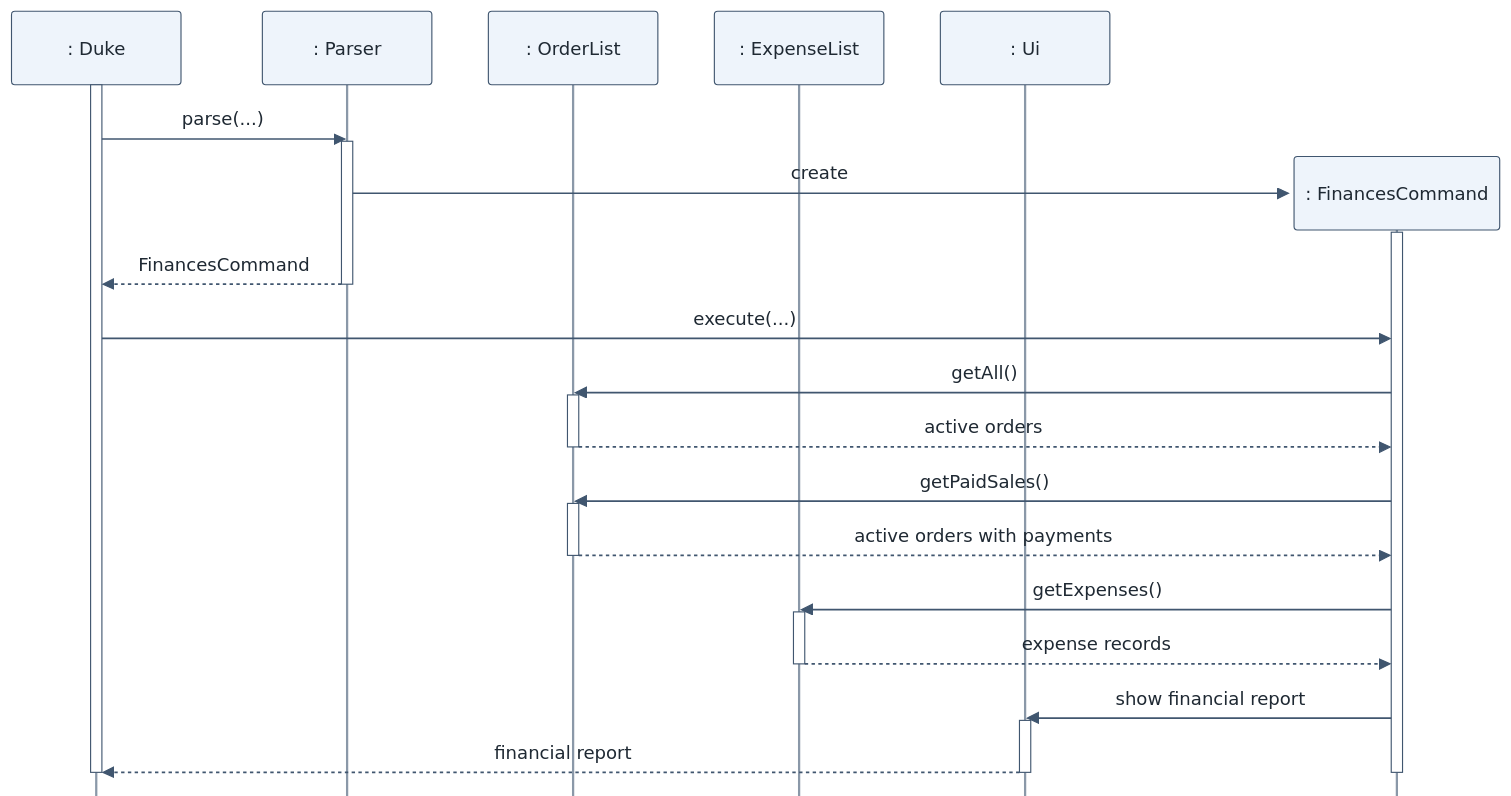
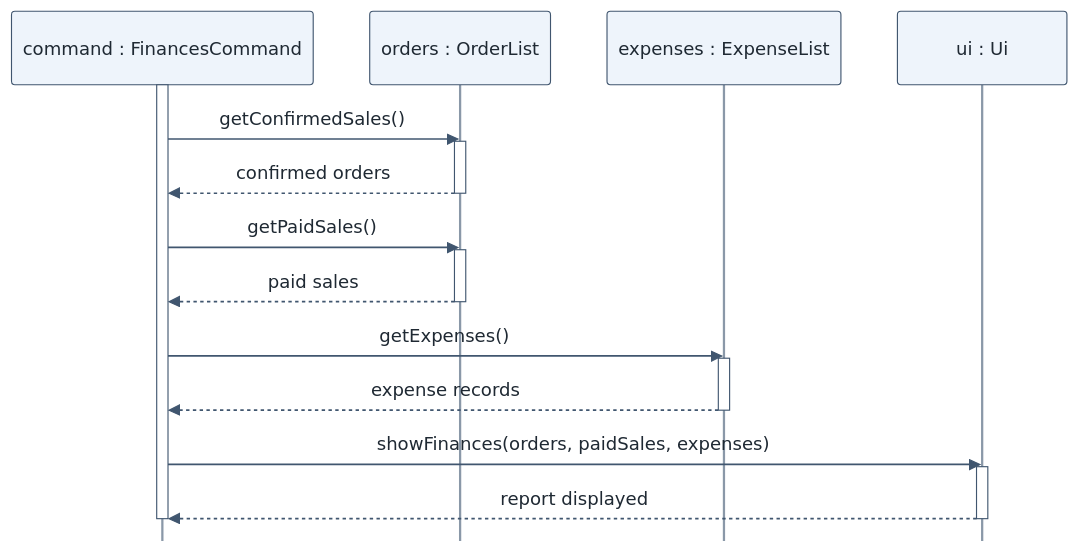
The diagram in docs/diagrams/finances.mmd (AY2627S1-CS2113-T11-1/tp), drawn with Mermaid before and after one commit. The commit also changed 6 other files, not shown here.

First line of the commit message:
docs: rebuild expense and finance sequence diagrams

```diff
--- a/docs/diagrams/finances.mmd
+++ b/docs/diagrams/finances.mmd
@@ -1,35 +1,24 @@
 %%{init: {"sequence": {"mirrorActors": false}, "themeCSS": ".actor-line { stroke-dasharray: 5 5; }", "themeVariables": {"fontSize": "20px", "actorBkg": "#eef4fb", "actorBorder": "#40566f", "actorTextColor": "#1f2933", "actorLineColor": "#8a98a8", "signalColor": "#40566f", "signalTextColor": "#1f2933", "activationBkgColor": "#ffffff", "activationBorderColor": "#40566f"}}}%%
 sequenceDiagram
-    participant D as : Duke
-    participant P as : Parser
-    participant O as : OrderList
-    participant E as : ExpenseList
-    participant U as : Ui
-    activate D
-    D->>P: parse(...)
-    activate P
-    create participant C as : FinancesCommand
-    P->>C: create
+    participant C as command : FinancesCommand
+    participant O as orders : OrderList
+    participant E as expenses : ExpenseList
+    participant U as ui : Ui
     activate C
-    P-->>D: FinancesCommand
-    deactivate P
-    D->>C: execute(...)
-    C->>O: getAll()
+    C->>O: getConfirmedSales()
     activate O
-    O-->>C: active orders
+    O-->>C: confirmed orders
     deactivate O
     C->>O: getPaidSales()
     activate O
-    O-->>C: active orders with payments
+    O-->>C: paid sales
     deactivate O
     C->>E: getExpenses()
     activate E
     E-->>C: expense records
     deactivate E
-    C->>U: show financial report
+    C->>U: showFinances(orders, paidSales, expenses)
     activate U
-    U-->>D: financial report
+    U-->>C: report displayed
     deactivate U
     deactivate C
-    destroy C
-    deactivate D
```
